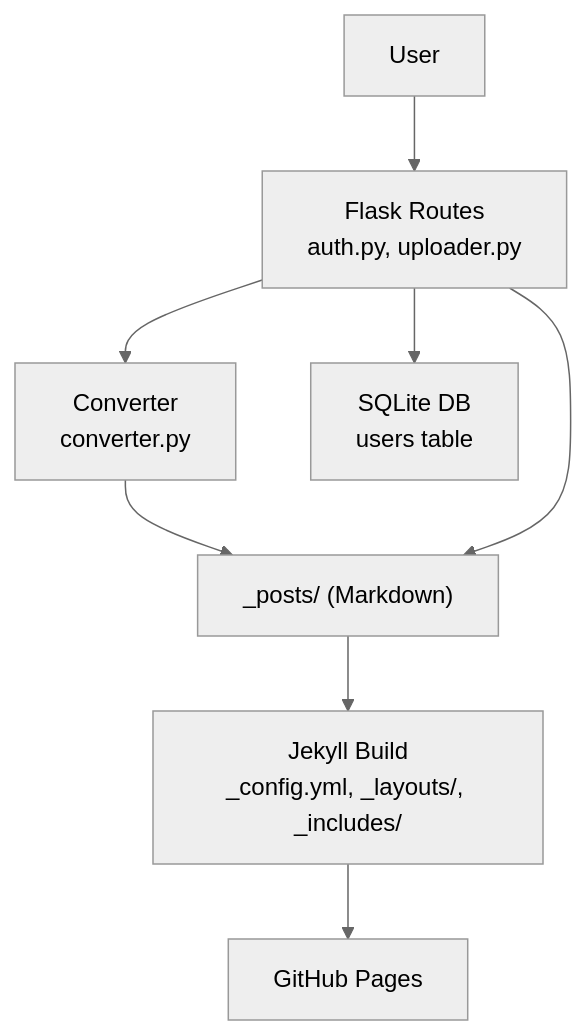
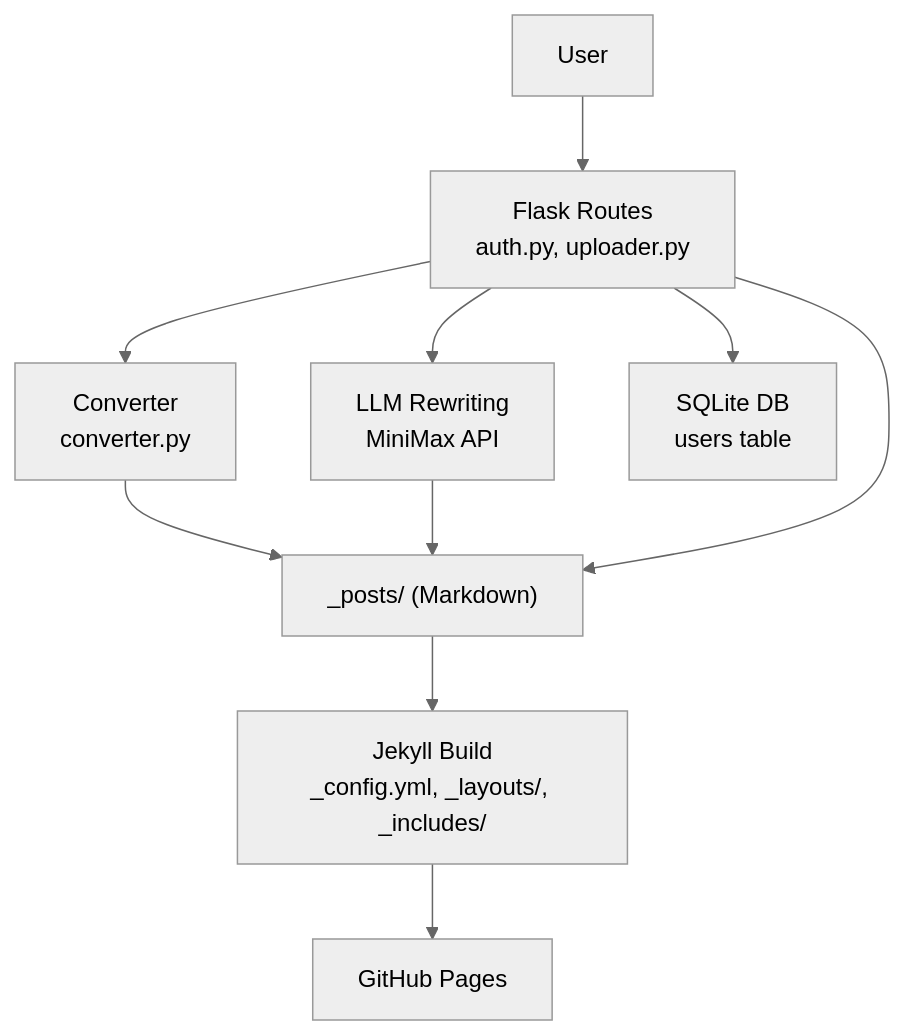
One commit to PolarisW007/PolaZhenJing changed the second of 14 diagrams in .qoder/repowiki/en/content/Frontend Application/Article Presentation System/Article Presentation System.md. Above: the diagram before and after it, drawn with Mermaid (neutral theme). The commit also changed other lines of this file and 11 other files, not shown here.

````diff
--- a/.qoder/repowiki/en/content/Frontend Application/Article Presentation System/Article Presentation System.md
+++ b/.qoder/repowiki/en/content/Frontend Application/Article Presentation System/Article Presentation System.md
@@ -125,17 +157,20 @@
 ```mermaid
 graph TB
 U["User"]
 FL["Flask Routes<br/>auth.py, uploader.py"]
 CV["Converter<br/>converter.py"]
+LLM["LLM Rewriting<br/>MiniMax API"]
 DB["SQLite DB<br/>users table"]
 FS["_posts/ (Markdown)"]
 JE["Jekyll Build<br/>_config.yml, _layouts/, _includes/"]
 GH["GitHub Pages"]
 U --> FL
 FL --> DB
 FL --> CV
+FL --> LLM
 CV --> FS
+LLM --> FS
 FL --> FS
 FS --> JE
 JE --> GH
 ```
````
